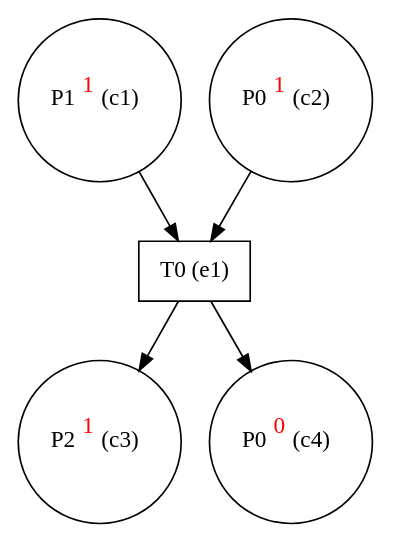
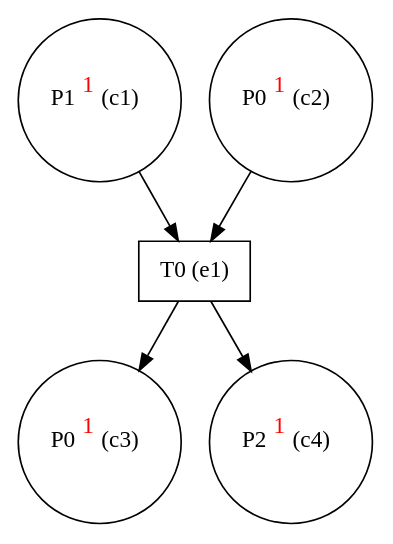
The diagram in tiny_eg.dot (giannkas/ecofolder), drawn with Graphviz before and after one commit. The commit also changed 38 other files, not shown here.

```diff
--- a/tiny_eg.dot
+++ b/tiny_eg.dot
@@ -1,11 +1,11 @@
 digraph test {
   c1 -> e1;
   c2 -> e1;
   e1 -> c3;
   e1 -> c4;
   c1 [label= <P1<FONT COLOR="red"><SUP>1</SUP></FONT>&nbsp;(c1)> shape=circle];
   c2 [label= <P0<FONT COLOR="red"><SUP>1</SUP></FONT>&nbsp;(c2)> shape=circle];
-  c3 [label= <P2<FONT COLOR="red"><SUP>1</SUP></FONT>&nbsp;(c3)> shape=circle];
-  c4 [label= <P0<FONT COLOR="red"><SUP>0</SUP></FONT>&nbsp;(c4)> shape=circle];
+  c3 [label= <P0<FONT COLOR="red"><SUP>1</SUP></FONT>&nbsp;(c3)> shape=circle];
+  c4 [label= <P2<FONT COLOR="red"><SUP>1</SUP></FONT>&nbsp;(c4)> shape=circle];
   e1 [label="T0 (e1)" shape=box];
 }
```
